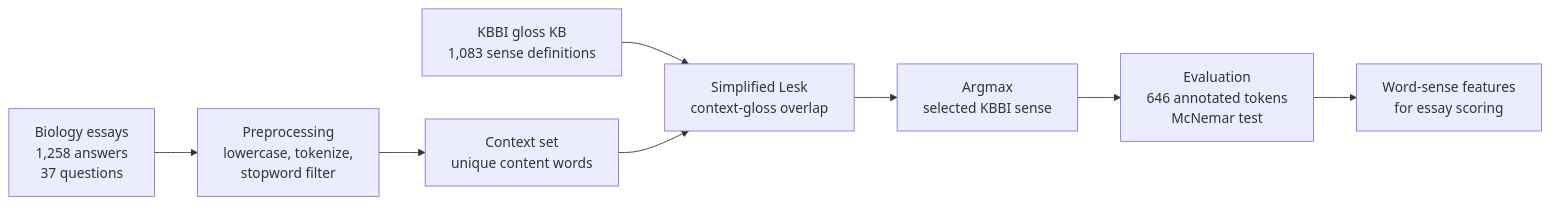
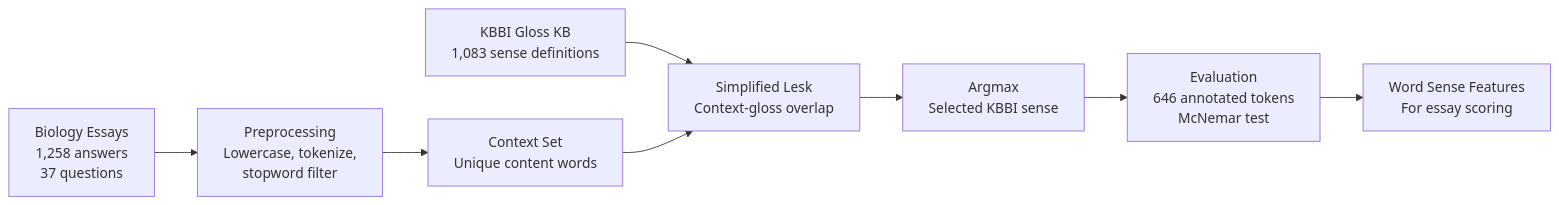
The diagram in README.md (haninhammoud01/indonesian-wsd-lesk), drawn with Mermaid before and after one commit. The commit also changed other lines of this file, not shown here.

````diff
--- a/README.md
+++ b/README.md
@@ -37,10 +37,10 @@
 ```mermaid
 flowchart LR
-    A["Biology essays<br/>1,258 answers<br/>37 questions"] --> B["Preprocessing<br/>lowercase, tokenize,<br/>stopword filter"]
-    K["KBBI gloss KB<br/>1,083 sense definitions"] --> E
-    B --> D["Context set<br/>unique content words"]
-    D --> E["Simplified Lesk<br/>context-gloss overlap"]
-    E --> F["Argmax<br/>selected KBBI sense"]
+    A["Biology Essays<br/>1,258 answers<br/>37 questions"] --> B["Preprocessing<br/>Lowercase, tokenize,<br/>stopword filter"]
+    K["KBBI Gloss KB<br/>1,083 sense definitions"] --> E
+    B --> D["Context Set<br/>Unique content words"]
+    D --> E["Simplified Lesk<br/>Context-gloss overlap"]
+    E --> F["Argmax<br/>Selected KBBI sense"]
     F --> G["Evaluation<br/>646 annotated tokens<br/>McNemar test"]
-    G --> H["Word-sense features<br/>for essay scoring"]
+    G --> H["Word Sense Features<br/>For essay scoring"]
 ```
````
